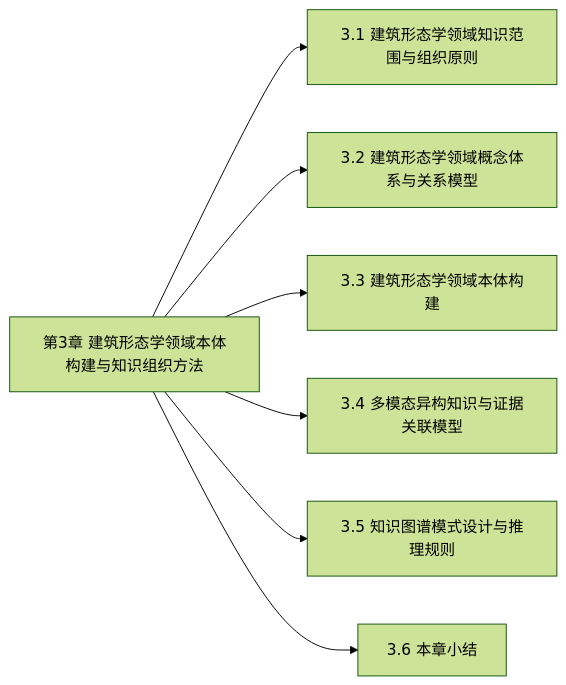
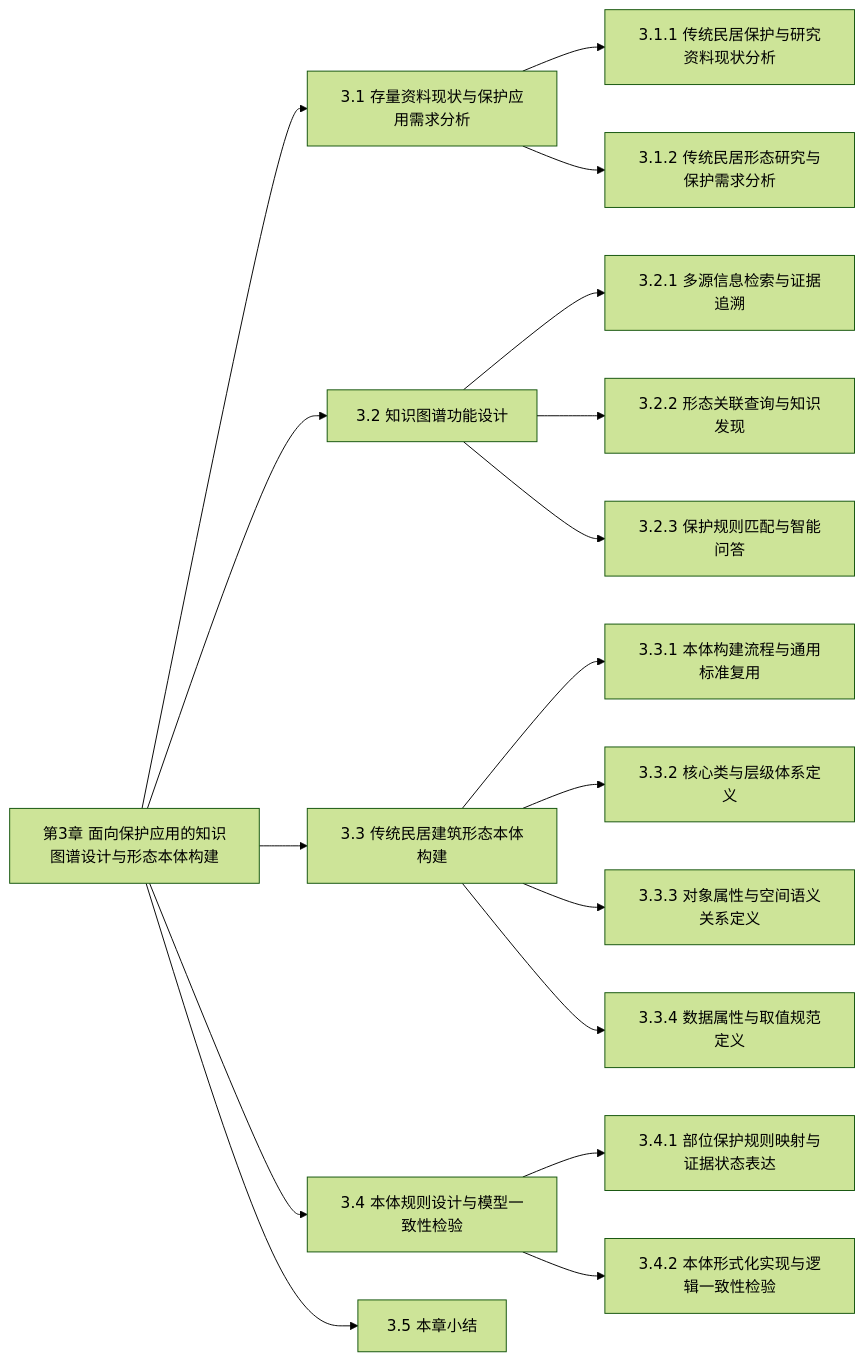
Before and after one commit to WYLINX601/Linx_paper: the diagram in 论文章节/章节导航/03-体系与模型.md, drawn with Mermaid (forest theme). The commit also changed other lines of this file and 35 other files, not shown here.

````diff
--- a/论文章节/章节导航/03-体系与模型.md
+++ b/论文章节/章节导航/03-体系与模型.md
@@ -84,16 +95,36 @@
 ```mermaid
 flowchart LR
-  chapter-3["第3章 建筑形态学领域本体构建与知识组织方法"]
-  section-3-knowledge-scope["3.1 建筑形态学领域知识范围与组织原则"]
-  chapter-3 --> section-3-knowledge-scope
-  section-3-concept-model["3.2 建筑形态学领域概念体系与关系模型"]
-  chapter-3 --> section-3-concept-model
-  section-3-ontology["3.3 建筑形态学领域本体构建"]
+  chapter-3["第3章 面向保护应用的知识图谱设计与形态本体构建"]
+  section-3-1-status-needs["3.1 存量资料现状与保护应用需求分析"]
+  chapter-3 --> section-3-1-status-needs
+  sub-3-1-1["3.1.1 传统民居保护与研究资料现状分析"]
+  section-3-1-status-needs --> sub-3-1-1
+  sub-3-1-2["3.1.2 传统民居形态研究与保护需求分析"]
+  section-3-1-status-needs --> sub-3-1-2
+  section-3-2-function-design["3.2 知识图谱功能设计"]
+  chapter-3 --> section-3-2-function-design
+  sub-3-2-1["3.2.1 多源信息检索与证据追溯"]
+  section-3-2-function-design --> sub-3-2-1
+  sub-3-2-2["3.2.2 形态关联查询与知识发现"]
+  section-3-2-function-design --> sub-3-2-2
+  sub-3-2-3["3.2.3 保护规则匹配与智能问答"]
+  section-3-2-function-design --> sub-3-2-3
+  section-3-ontology["3.3 传统民居建筑形态本体构建"]
   chapter-3 --> section-3-ontology
-  section-3-multimodal-evidence["3.4 多模态异构知识与证据关联模型"]
-  chapter-3 --> section-3-multimodal-evidence
-  section-3-schema-rules["3.5 知识图谱模式设计与推理规则"]
+  sub-3-3-1["3.3.1 本体构建流程与通用标准复用"]
+  section-3-ontology --> sub-3-3-1
+  sub-3-3-2["3.3.2 核心类与层级体系定义"]
+  section-3-ontology --> sub-3-3-2
+  sub-3-3-3["3.3.3 对象属性与空间语义关系定义"]
+  section-3-ontology --> sub-3-3-3
+  sub-3-3-4["3.3.4 数据属性与取值规范定义"]
+  section-3-ontology --> sub-3-3-4
+  section-3-schema-rules["3.4 本体规则设计与模型一致性检验"]
   chapter-3 --> section-3-schema-rules
-  section-3-5["3.6 本章小结"]
+  sub-3-4-1["3.4.1 部位保护规则映射与证据状态表达"]
+  section-3-schema-rules --> sub-3-4-1
+  sub-3-4-2["3.4.2 本体形式化实现与逻辑一致性检验"]
+  section-3-schema-rules --> sub-3-4-2
+  section-3-5["3.5 本章小结"]
   chapter-3 --> section-3-5
 ```
````
